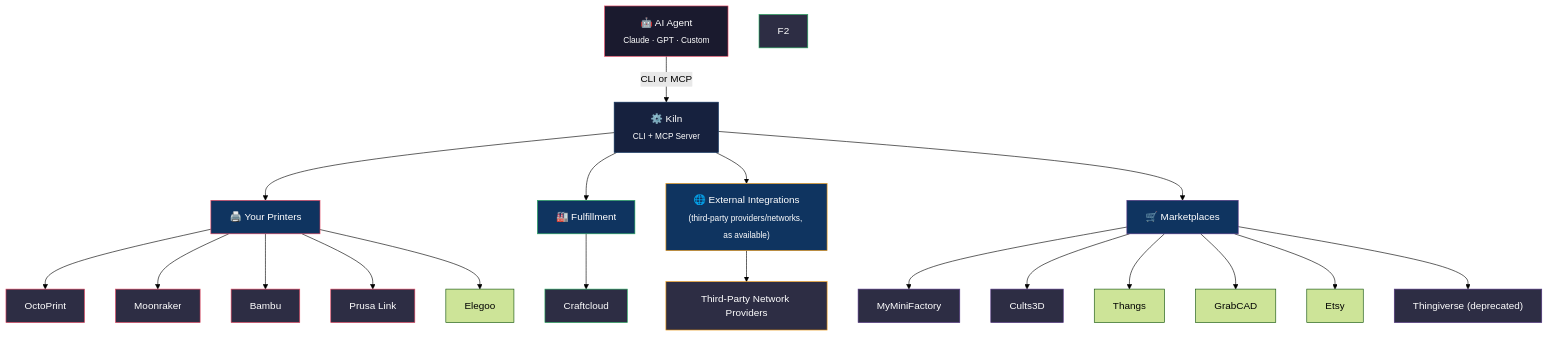
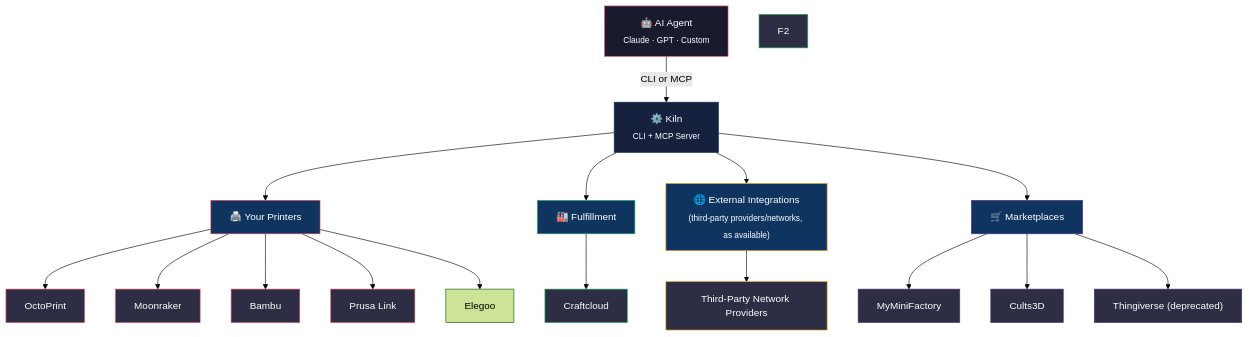
The diagram in README.md (codeofaxel/Kiln), drawn with Mermaid (forest theme) before and after one commit. The commit also changed other lines of this file and 11 other files, not shown here.

First line of the commit message:
docs: remove Thangs, GrabCAD, and Etsy from all marketplace claims

````diff
--- a/README.md
+++ b/README.md
@@ -70,44 +70,41 @@
 ```mermaid
 graph TD
     A["🤖 AI Agent<br/><sub>Claude · GPT · Custom</sub>"]
     A -->|"CLI or MCP"| B["⚙️ Kiln<br/><sub>CLI + MCP Server</sub>"]
 
     B --> C["🖨️ Your Printers"]
     B --> F["🏭 Fulfillment"]
     B --> N["🌐 External Integrations<br/><sub>(third-party providers/networks, as available)</sub>"]
     B --> D["🛒 Marketplaces"]
 
     C --> E1["OctoPrint"]
     C --> E2["Moonraker"]
     C --> E3["Bambu"]
     C --> E4["Prusa Link"]
     C --> E5["Elegoo"]
 
     F --> F1["Craftcloud"]
 
     N --> N1["Third-Party Network Providers"]
 
     D --> I["MyMiniFactory"]
     D --> J["Cults3D"]
-    D --> K["Thangs"]
-    D --> L["GrabCAD"]
-    D --> M["Etsy"]
     D --> H["Thingiverse (deprecated)"]
 
     style A fill:#1a1a2e,stroke:#e94560,color:#fff
     style B fill:#16213e,stroke:#0f3460,color:#fff
     style C fill:#0f3460,stroke:#e94560,color:#fff
     style F fill:#0f3460,stroke:#27ae60,color:#fff
     style N fill:#0f3460,stroke:#f39c12,color:#fff
     style D fill:#0f3460,stroke:#533483,color:#fff
     style E1 fill:#2d2d44,stroke:#e94560,color:#fff
     style E2 fill:#2d2d44,stroke:#e94560,color:#fff
     style E3 fill:#2d2d44,stroke:#e94560,color:#fff
     style E4 fill:#2d2d44,stroke:#e94560,color:#fff
     style F1 fill:#2d2d44,stroke:#27ae60,color:#fff
     style F2 fill:#2d2d44,stroke:#27ae60,color:#fff
     style N1 fill:#2d2d44,stroke:#f39c12,color:#fff
     style H fill:#2d2d44,stroke:#533483,color:#fff
     style I fill:#2d2d44,stroke:#533483,color:#fff
     style J fill:#2d2d44,stroke:#533483,color:#fff
 ```
````
